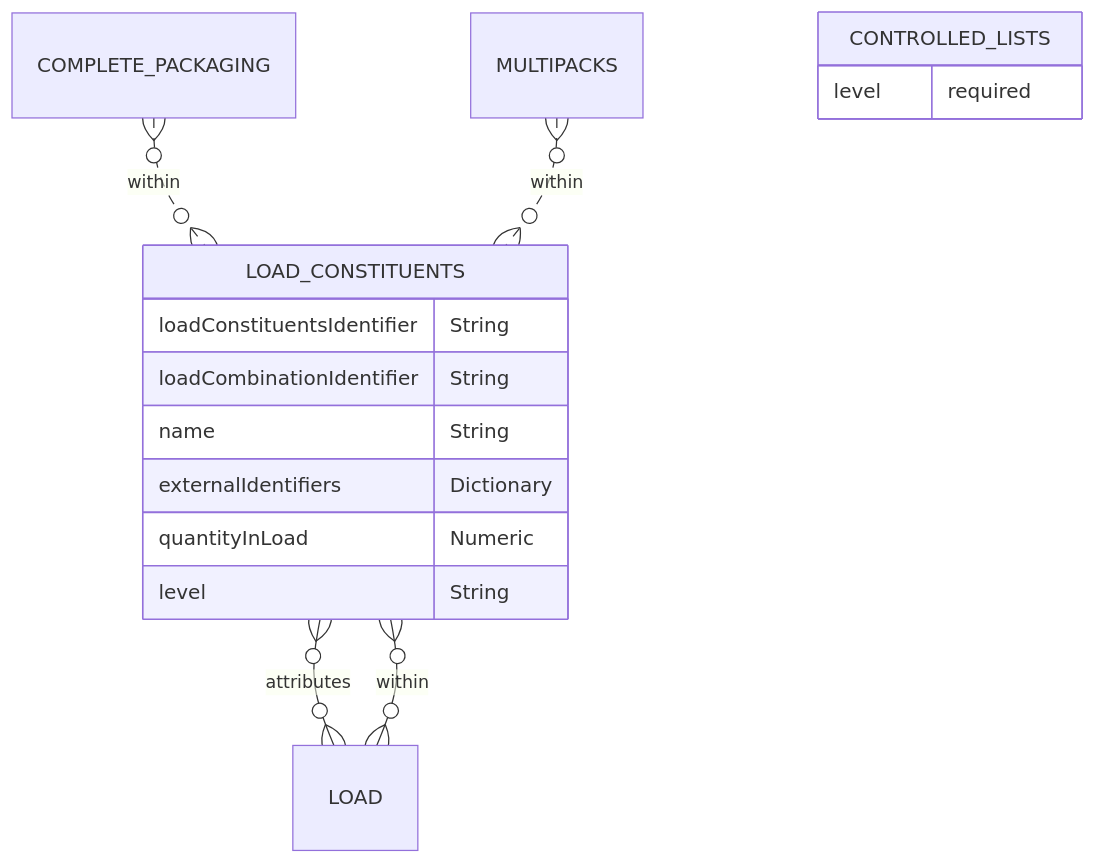
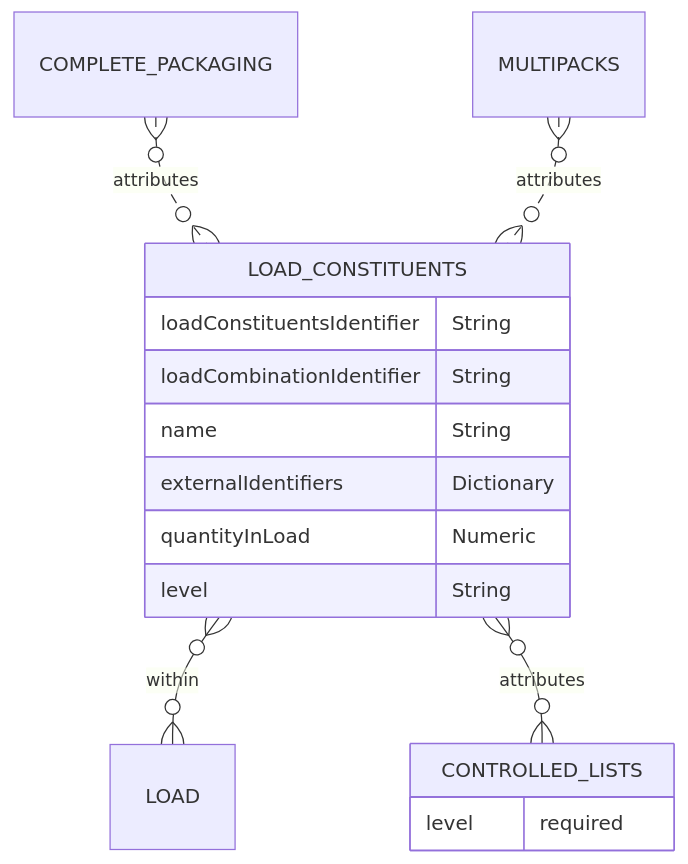
One commit to OpenDataManchester/Open3P changed the diagram in docs/6_Relationship_Lists/6_011_Load_Constituents.md. Above: the diagram before and after it, drawn with Mermaid. The commit also changed other lines of this file and 1 other file, not shown here.

Commit message:
Work on load constituents

````diff
--- a/docs/6_Relationship_Lists/6_011_Load_Constituents.md
+++ b/docs/6_Relationship_Lists/6_011_Load_Constituents.md
@@ -24,18 +22,18 @@
 ``` mermaid
 erDiagram
-  COMPLETE_PACKAGING }o..o{ LOAD_CONSTITUENTS : within
-  MULTIPACKS }o..o{ LOAD_CONSTITUENTS : within
+  COMPLETE_PACKAGING }o..o{ LOAD_CONSTITUENTS : attributes
+  MULTIPACKS }o..o{ LOAD_CONSTITUENTS : attributes
   LOAD_CONSTITUENTS {
     loadConstituentsIdentifier String
     loadCombinationIdentifier String
     name String
     externalIdentifiers Dictionary
     quantityInLoad Numeric
     level String
   }
-  LOAD_CONSTITUENTS }o--o{ LOAD : attributes
   LOAD_CONSTITUENTS }o--o{ LOAD : within
+  LOAD_CONSTITUENTS }o--o{ CONTROLLED_LISTS : attributes
   CONTROLLED_LISTS {
     level required
   }
 ```
````
